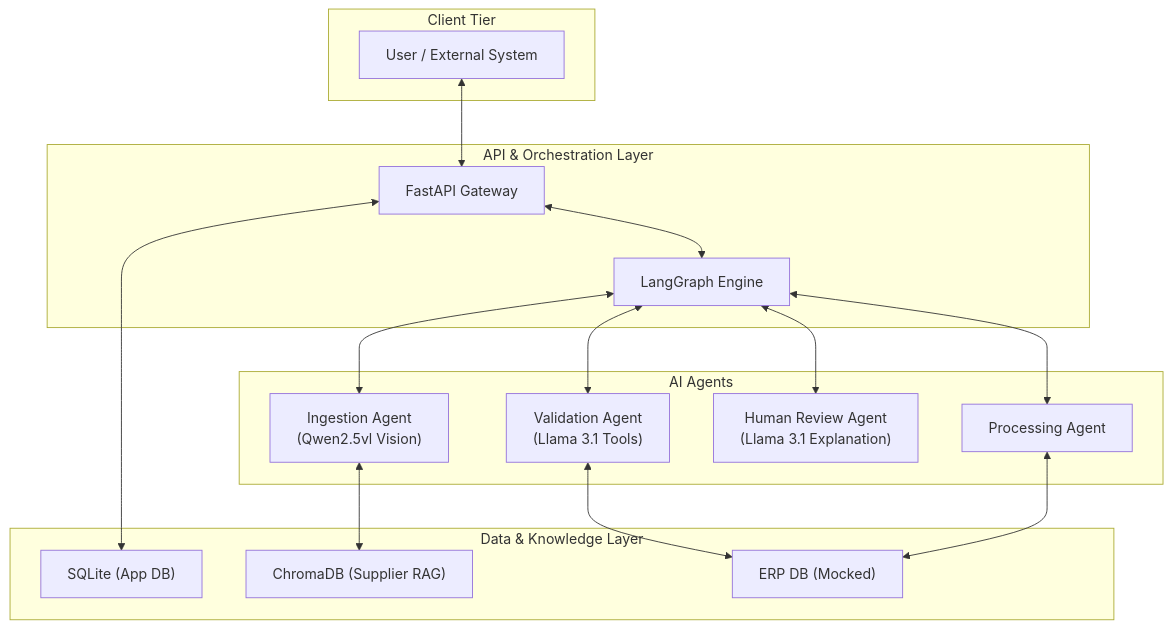
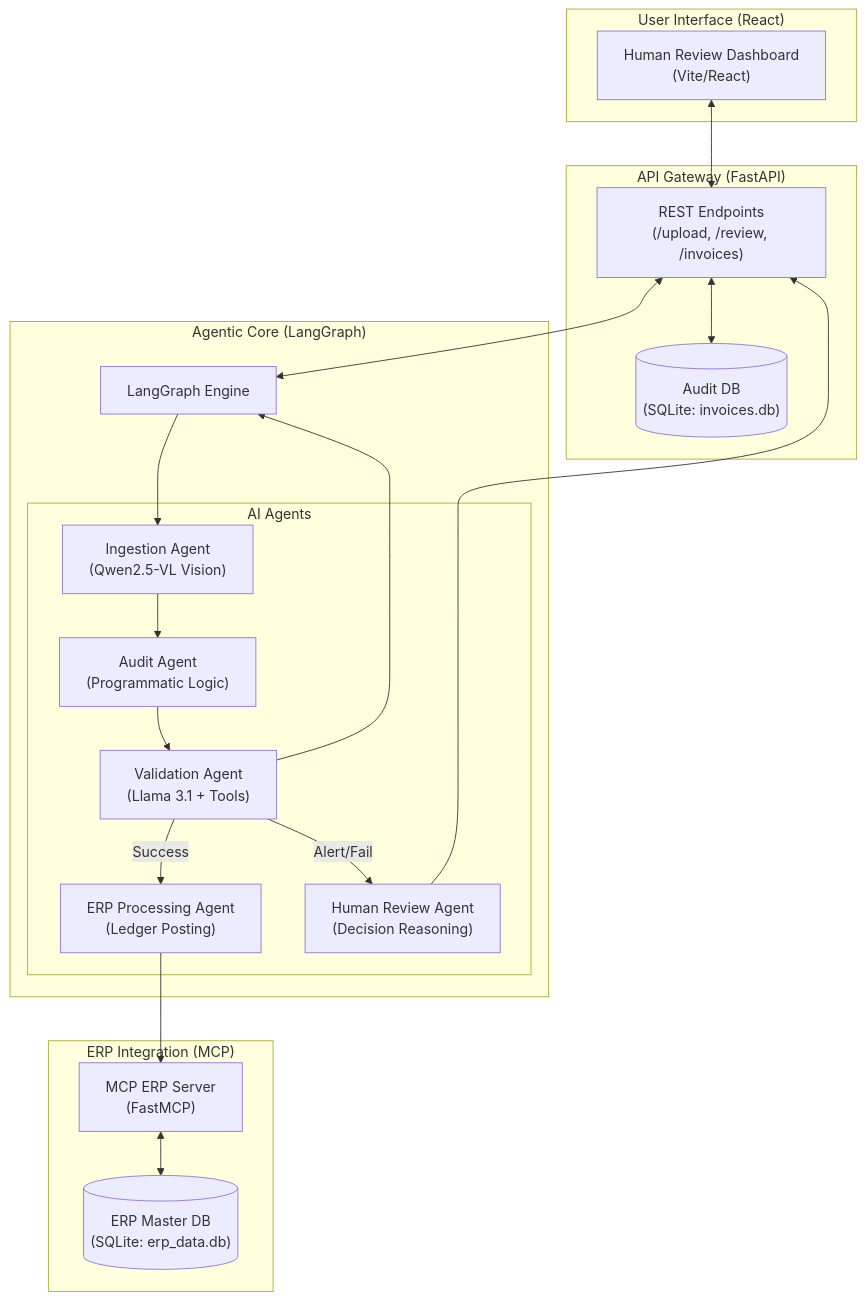
Before and after one commit to raghuramr-jpg/einvoice-processing: the first of 3 diagrams in README.md, drawn with Mermaid. The commit also changed other lines of this file and 17 other files, not shown here.

Commit message:
feat: add ERP server with invoice validation and creation tools, along with supporting API endpoints and scripts.

````diff
--- a/README.md
+++ b/README.md
@@ -9,32 +9,35 @@
 ```mermaid
 graph TB
-    subgraph Client["Client Tier"]
-        UI["User / External System"]
+    subgraph Frontend["User Interface (React)"]
+        Dashboard["Human Review Dashboard\n(Vite/React)"]
     end
 
-    subgraph API["API & Orchestration Layer"]
-        GW["FastAPI Gateway"]
-        LG["LangGraph Engine"]
+    subgraph API["API Gateway (FastAPI)"]
+        RestAPI["REST Endpoints\n(/upload, /review, /invoices)"]
+        AppDB[("Audit DB\n(SQLite: invoices.db)")]
     end
 
-    subgraph Agents["AI Agents"]
-        ING["Ingestion Agent\n(Qwen2.5vl Vision)"]
-        VAL["Validation Agent\n(Llama 3.1 Tools)"]
-        HRA["Human Review Agent\n(Llama 3.1 Explanation)"]
-        PROC["Processing Agent"]
+    subgraph Intelligence["Agentic Core (LangGraph)"]
+        LG["LangGraph Engine"]
+        subgraph Agents["AI Agents"]
+            ING["Ingestion Agent\n(Qwen2.5-VL Vision)"]
+            AUD["Audit Agent\n(Programmatic Logic)"]
+            VAL["Validation Agent\n(Llama 3.1 + Tools)"]
+            HRA["Human Review Agent\n(Decision Reasoning)"]
+            PROC["ERP Processing Agent\n(Ledger Posting)"]
+        end
     end
 
-    subgraph Storage["Data & Knowledge Layer"]
-        ADB["SQLite (App DB)"]
-        RAG["ChromaDB (Supplier RAG)"]
-        EDB["ERP DB (Mocked)"]
+    subgraph External["ERP Integration (MCP)"]
+        MCP["MCP ERP Server\n(FastMCP)"]
+        ERPDB[("ERP Master DB\n(SQLite: erp_data.db)")]
     end
 
-    UI <--> GW
-    GW <--> LG
-    LG <--> ING & VAL & HRA & PROC
-    ING <--> RAG
-    VAL <--> EDB
-    PROC <--> EDB
-    GW <--> ADB
+    Dashboard <--> RestAPI
+    RestAPI <--> LG
+    RestAPI <--> AppDB
+    LG --> ING --> AUD --> VAL --> LG
+    VAL -- "Success" --> PROC --> MCP
+    VAL -- "Alert/Fail" --> HRA --> RestAPI
+    MCP <--> ERPDB
 ```
````
